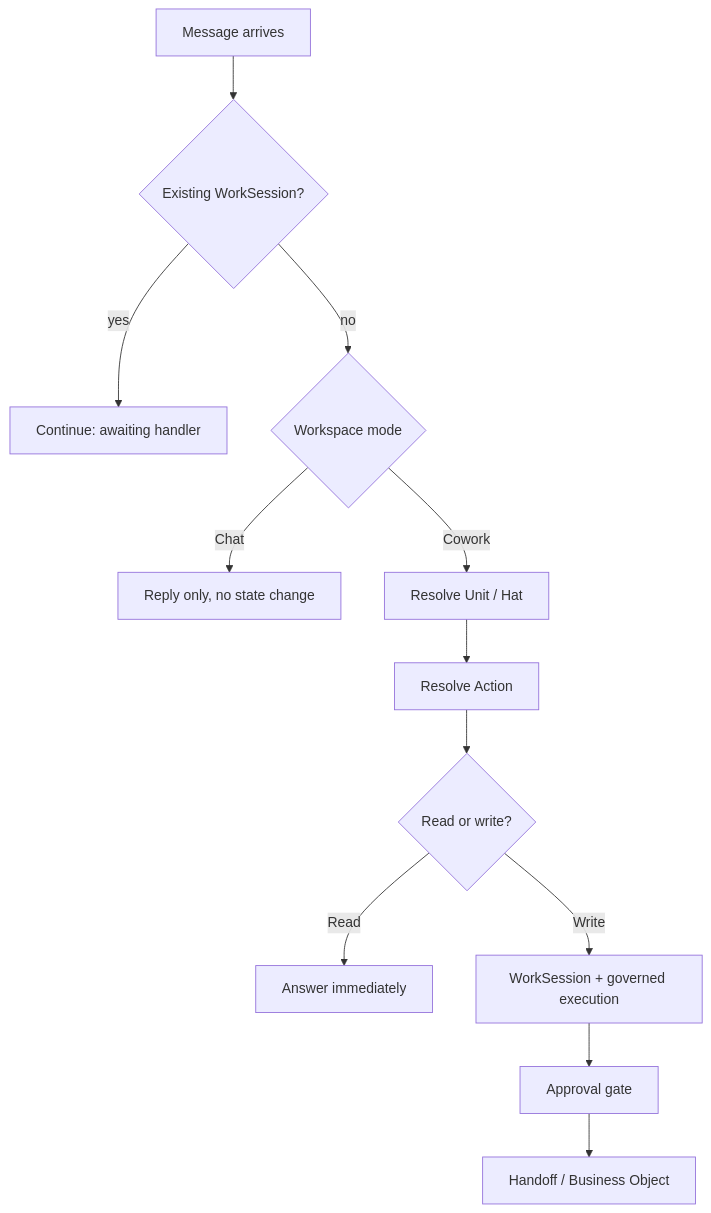
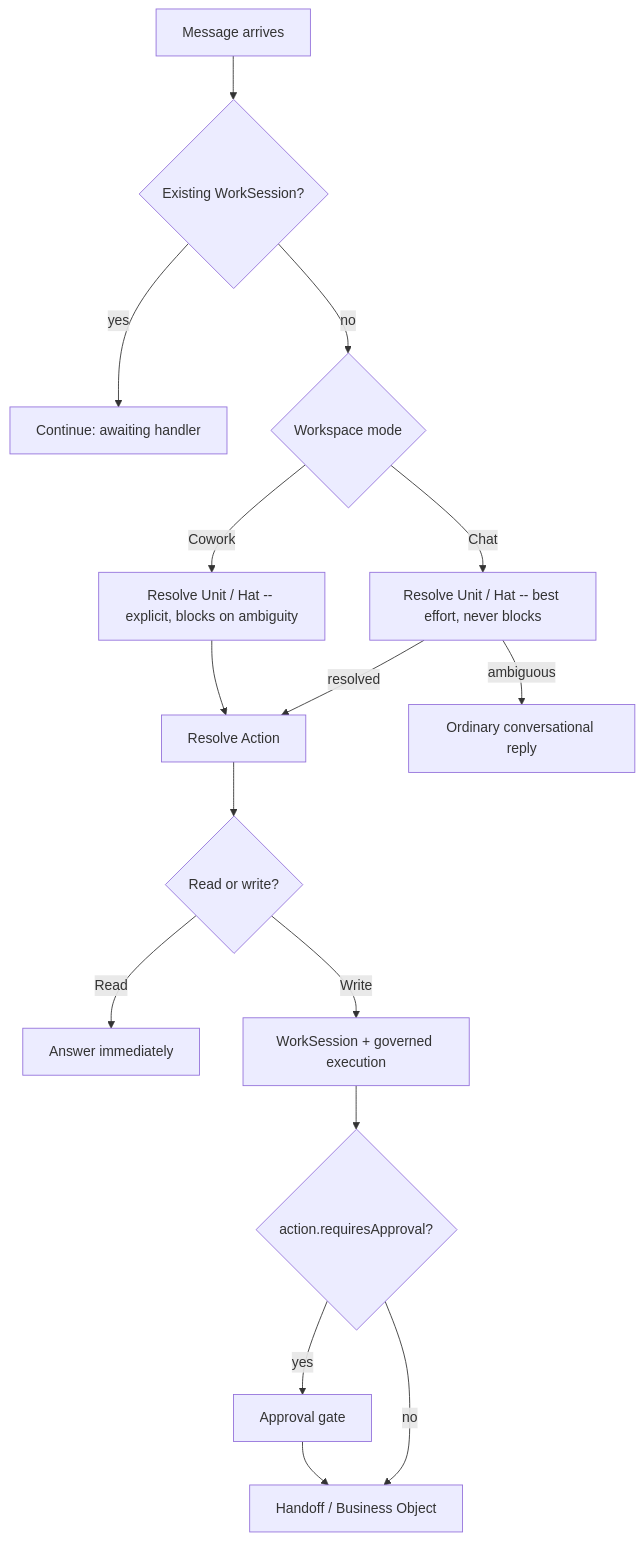
The diagram in docs/enig-operating-model.md (martinkpogo/My-repository), drawn with Mermaid before and after one commit. The commit also changed other lines of this file, not shown here.

First line of the commit message:
Record decision: Chat mode is action-capable, not read-only

````diff
--- a/docs/enig-operating-model.md
+++ b/docs/enig-operating-model.md
@@ -42,14 +42,18 @@
 ```mermaid
 flowchart TD
     A[Message arrives] --> B{Existing WorkSession?}
     B -- yes --> C[Continue: awaiting handler]
     B -- no --> D{Workspace mode}
-    D -- Chat --> E[Reply only, no state change]
-    D -- Cowork --> F[Resolve Unit / Hat]
-    F --> G[Resolve Action]
+    D -- Chat --> E[Resolve Unit / Hat -- best effort, never blocks]
+    D -- Cowork --> F[Resolve Unit / Hat -- explicit, blocks on ambiguity]
+    E -- resolved --> G[Resolve Action]
+    E -- ambiguous --> M[Ordinary conversational reply]
+    F --> G
     G --> H{Read or write?}
     H -- Read --> I[Answer immediately]
     H -- Write --> J[WorkSession + governed execution]
-    J --> K[Approval gate]
-    K --> L[Handoff / Business Object]
+    J --> K{action.requiresApproval?}
+    K -- yes --> N[Approval gate]
+    K -- no --> L[Handoff / Business Object]
+    N --> L
 ```
````
